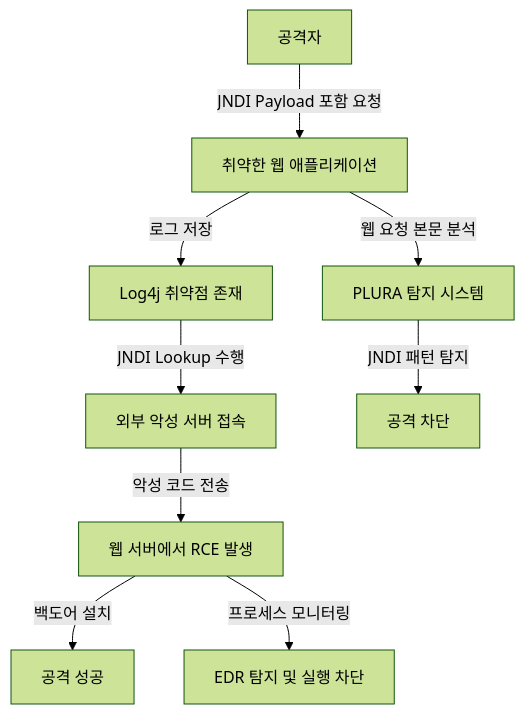
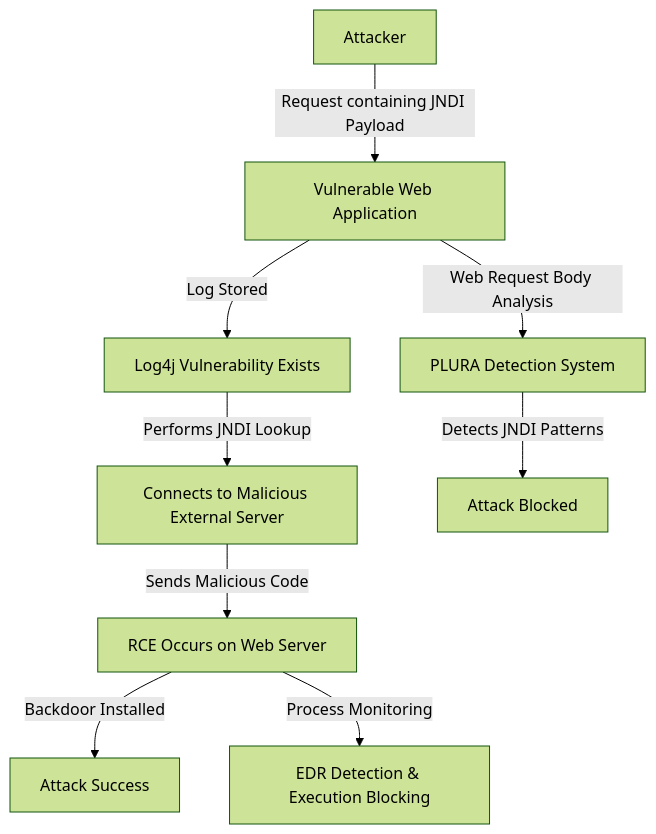
The diagram in benefits/en/zero-day/scenario-log4j.md (qubitsec/plura), drawn with Mermaid (forest theme) before and after one commit. The commit also changed other lines of this file, not shown here.

````diff
--- a/benefits/en/zero-day/scenario-log4j.md
+++ b/benefits/en/zero-day/scenario-log4j.md
@@ -46,13 +47,13 @@
 ```mermaid
 graph TD
-    A[공격자] -->|JNDI Payload 포함 요청| B[취약한 웹 애플리케이션]
-    B -->|로그 저장| C[Log4j 취약점 존재]
-    C -->|JNDI Lookup 수행| D[외부 악성 서버 접속]
-    D -->|악성 코드 전송| E[웹 서버에서 RCE 발생]
-    E -->|백도어 설치| F[공격 성공]
+    A[Attacker] -->|Request containing JNDI Payload| B[Vulnerable Web Application]
+    B -->|Log Stored| C[Log4j Vulnerability Exists]
+    C -->|Performs JNDI Lookup| D[Connects to Malicious External Server]
+    D -->|Sends Malicious Code| E[RCE Occurs on Web Server]
+    E -->|Backdoor Installed| F[Attack Success]
 
-    %% PLURA 탐지 및 대응
-    B -->|웹 요청 본문 분석| X[PLURA 탐지 시스템]
-    X -->|JNDI 패턴 탐지| Y[공격 차단]
-    E -->|프로세스 모니터링| Z[EDR 탐지 및 실행 차단]
+    %% PLURA Detection and Response
+    B -->|Web Request Body Analysis| X[PLURA Detection System]
+    X -->|Detects JNDI Patterns| Y[Attack Blocked]
+    E -->|Process Monitoring| Z[EDR Detection & Execution Blocking]
 ```
````
